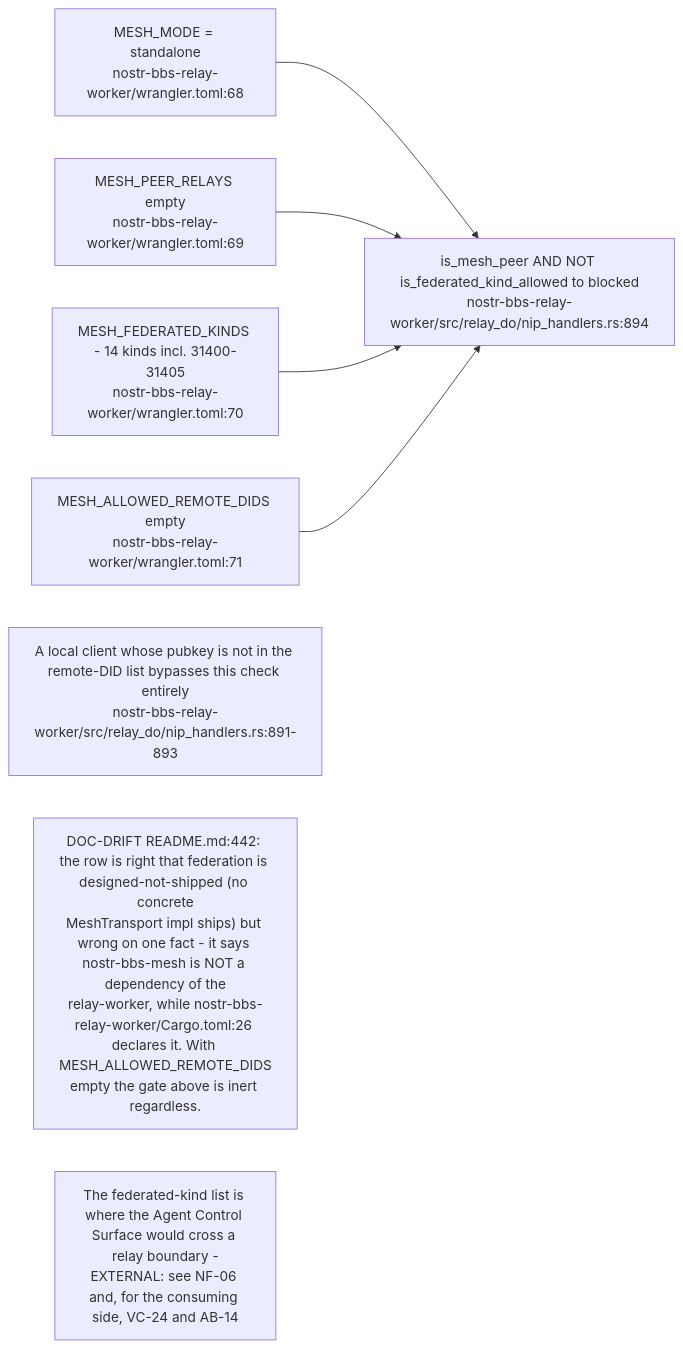
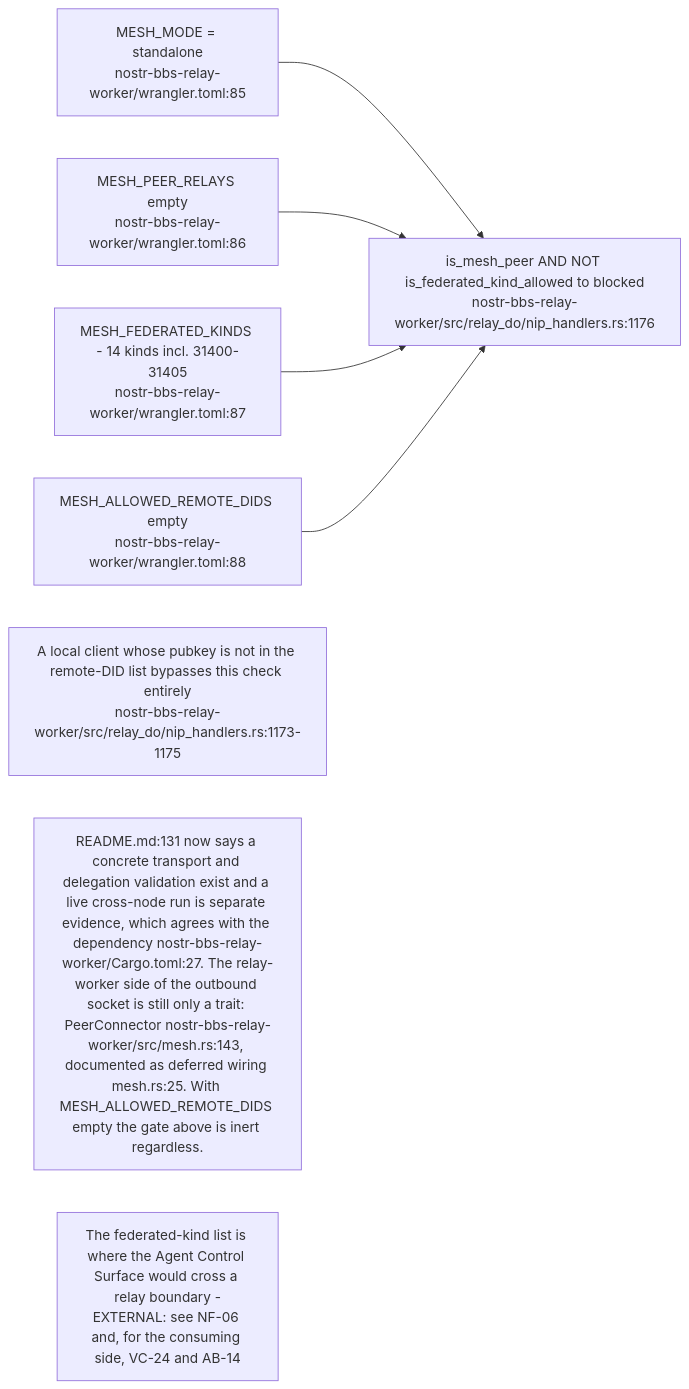
Diagram 13 of 14 in docs/diagrams/nostr-rust-forum/03-relay-worker-admission-auth-and-trust.md (DreamLab-AI/VisionFlow), drawn with Mermaid before and after one commit. The commit also changed other lines of this file and 160 other files, not shown here.

````diff
--- a/docs/diagrams/nostr-rust-forum/03-relay-worker-admission-auth-and-trust.md
+++ b/docs/diagrams/nostr-rust-forum/03-relay-worker-admission-auth-and-trust.md
@@ -364,14 +380,14 @@
 ```mermaid
 flowchart LR
-    MODE["MESH_MODE = standalone<br/>nostr-bbs-relay-worker/wrangler.toml:68"]
-    PEERS["MESH_PEER_RELAYS empty<br/>nostr-bbs-relay-worker/wrangler.toml:69"]
-    KINDS["MESH_FEDERATED_KINDS - 14 kinds incl. 31400-31405<br/>nostr-bbs-relay-worker/wrangler.toml:70"]
-    DIDS["MESH_ALLOWED_REMOTE_DIDS empty<br/>nostr-bbs-relay-worker/wrangler.toml:71"]
-    GATE["is_mesh_peer AND NOT is_federated_kind_allowed to blocked<br/>nostr-bbs-relay-worker/src/relay_do/nip_handlers.rs:894"]
+    MODE["MESH_MODE = standalone<br/>nostr-bbs-relay-worker/wrangler.toml:85"]
+    PEERS["MESH_PEER_RELAYS empty<br/>nostr-bbs-relay-worker/wrangler.toml:86"]
+    KINDS["MESH_FEDERATED_KINDS - 14 kinds incl. 31400-31405<br/>nostr-bbs-relay-worker/wrangler.toml:87"]
+    DIDS["MESH_ALLOWED_REMOTE_DIDS empty<br/>nostr-bbs-relay-worker/wrangler.toml:88"]
+    GATE["is_mesh_peer AND NOT is_federated_kind_allowed to blocked<br/>nostr-bbs-relay-worker/src/relay_do/nip_handlers.rs:1176"]
 
     MODE & PEERS & KINDS & DIDS --> GATE
 
-    N1["A local client whose pubkey is not in the remote-DID list bypasses this check entirely<br/>nostr-bbs-relay-worker/src/relay_do/nip_handlers.rs:891-893"]
-    N2["DOC-DRIFT README.md:442: the row is right that federation is designed-not-shipped (no concrete<br/>MeshTransport impl ships) but wrong on one fact - it says nostr-bbs-mesh is NOT a dependency of the<br/>relay-worker, while nostr-bbs-relay-worker/Cargo.toml:26 declares it. With MESH_ALLOWED_REMOTE_DIDS<br/>empty the gate above is inert regardless."]
+    N1["A local client whose pubkey is not in the remote-DID list bypasses this check entirely<br/>nostr-bbs-relay-worker/src/relay_do/nip_handlers.rs:1173-1175"]
+    N2["README.md:131 now says a concrete transport and delegation validation exist and a live cross-node run is separate evidence, which agrees with the dependency nostr-bbs-relay-worker/Cargo.toml:27. The relay-worker side of the outbound socket is still only a trait: PeerConnector nostr-bbs-relay-worker/src/mesh.rs:143, documented as deferred wiring mesh.rs:25. With MESH_ALLOWED_REMOTE_DIDS empty the gate above is inert regardless."]
     N3["The federated-kind list is where the Agent Control Surface would cross a relay boundary -<br/>EXTERNAL: see NF-06 and, for the consuming side, VC-24 and AB-14"]
 ```
````
